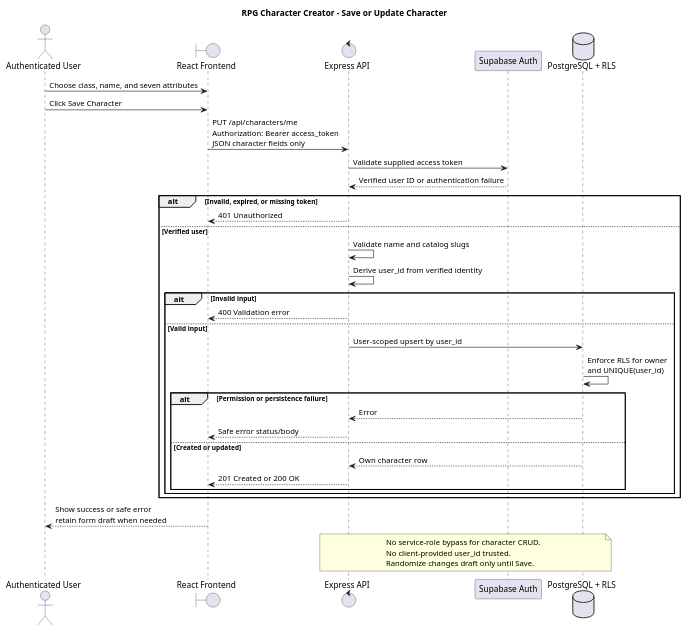
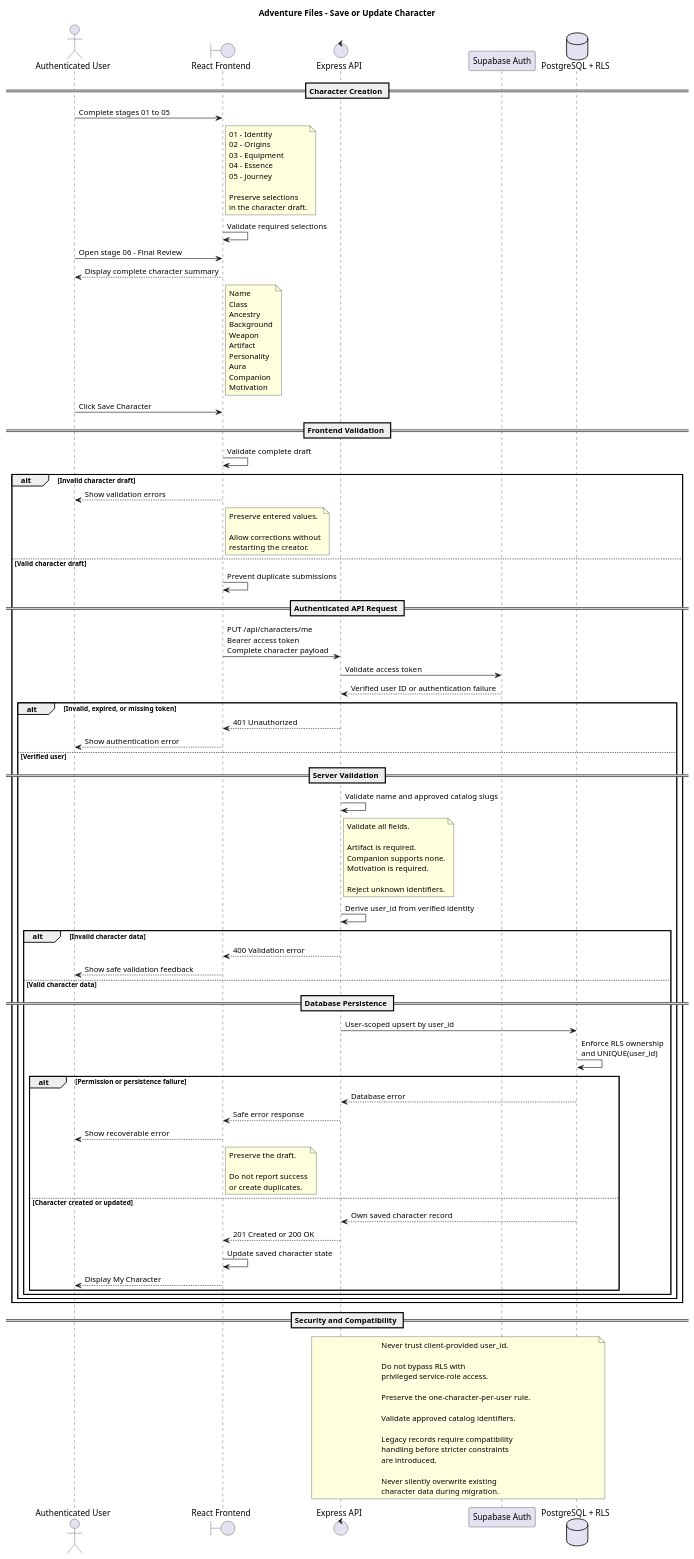
One commit to AlexandroLeao/rpg-character-creator changed the diagram in docs/uml/save-character-sequence.puml. Above: the diagram before and after it, drawn with PlantUML. The commit also changed 8 other files, not shown here.

Commit message:
docs: align six-stage character creator and export roadmap

```diff
--- a/docs/uml/save-character-sequence.puml
+++ b/docs/uml/save-character-sequence.puml
@@ -1,47 +1,168 @@
 @startuml
-title RPG Character Creator - Save or Update Character
+title Adventure Files - Save or Update Character
 
 actor "Authenticated User" as User
+
 boundary "React Frontend" as Frontend
+
 control "Express API" as API
+
 participant "Supabase Auth" as Auth
+
 database "PostgreSQL + RLS" as Database
 
-User -> Frontend: Choose class, name, and seven attributes
+== Character Creation ==
+
+User -> Frontend: Complete stages 01 to 05
+
+note right of Frontend
+  01 - Identity
+  02 - Origins
+  03 - Equipment
+  04 - Essence
+  05 - Journey
+
+  Preserve selections
+  in the character draft.
+end note
+
+Frontend -> Frontend: Validate required selections
+
+User -> Frontend: Open stage 06 - Final Review
+
+Frontend --> User: Display complete character summary
+
+note right of Frontend
+  Name
+  Class
+  Ancestry
+  Background
+  Weapon
+  Artifact
+  Personality
+  Aura
+  Companion
+  Motivation
+end note
+
 User -> Frontend: Click Save Character
-Frontend -> API: PUT /api/characters/me\nAuthorization: Bearer access_token\nJSON character fields only
 
-API -> Auth: Validate supplied access token
-Auth --> API: Verified user ID or authentication failure
+== Frontend Validation ==
 
-alt Invalid, expired, or missing token
-    API --> Frontend: 401 Unauthorized
-else Verified user
-    API -> API: Validate name and catalog slugs
-    API -> API: Derive user_id from verified identity
+Frontend -> Frontend: Validate complete draft
 
-    alt Invalid input
-        API --> Frontend: 400 Validation error
-    else Valid input
-        API -> Database: User-scoped upsert by user_id
-        Database -> Database: Enforce RLS for owner\nand UNIQUE(user_id)
+alt Invalid character draft
 
-        alt Permission or persistence failure
-            Database --> API: Error
-            API --> Frontend: Safe error status/body
-        else Created or updated
-            Database --> API: Own character row
-            API --> Frontend: 201 Created or 200 OK
+    Frontend --> User: Show validation errors
+
+    note right of Frontend
+      Preserve entered values.
+
+      Allow corrections without
+      restarting the creator.
+    end note
+
+else Valid character draft
+
+    Frontend -> Frontend: Prevent duplicate submissions
+
+    == Authenticated API Request ==
+
+    Frontend -> API: PUT /api/characters/me\nBearer access token\nComplete character payload
+
+    API -> Auth: Validate access token
+
+    Auth --> API: Verified user ID or authentication failure
+
+    alt Invalid, expired, or missing token
+
+        API --> Frontend: 401 Unauthorized
+
+        Frontend --> User: Show authentication error
+
+    else Verified user
+
+        == Server Validation ==
+
+        API -> API: Validate name and approved catalog slugs
+
+        note right of API
+          Validate all fields.
+
+          Artifact is required.
+          Companion supports none.
+          Motivation is required.
+
+          Reject unknown identifiers.
+        end note
+
+        API -> API: Derive user_id from verified identity
+
+        alt Invalid character data
+
+            API --> Frontend: 400 Validation error
+
+            Frontend --> User: Show safe validation feedback
+
+        else Valid character data
+
+            == Database Persistence ==
+
+            API -> Database: User-scoped upsert by user_id
+
+            Database -> Database: Enforce RLS ownership\nand UNIQUE(user_id)
+
+            alt Permission or persistence failure
+
+                Database --> API: Database error
+
+                API --> Frontend: Safe error response
+
+                Frontend --> User: Show recoverable error
+
+                note right of Frontend
+                  Preserve the draft.
+
+                  Do not report success
+                  or create duplicates.
+                end note
+
+            else Character created or updated
+
+                Database --> API: Own saved character record
+
+                API --> Frontend: 201 Created or 200 OK
+
+                Frontend -> Frontend: Update saved character state
+
+                Frontend --> User: Display My Character
+
+            end
+
         end
+
     end
+
 end
 
-Frontend --> User: Show success or safe error\nretain form draft when needed
+== Security and Compatibility ==
 
 note over API, Database
-  No service-role bypass for character CRUD.
-  No client-provided user_id trusted.
-  Randomize changes draft only until Save.
+  Never trust client-provided user_id.
+
+  Do not bypass RLS with
+  privileged service-role access.
+
+  Preserve the one-character-per-user rule.
+
+  Validate approved catalog identifiers.
+
+  Legacy records require compatibility
+  handling before stricter constraints
+  are introduced.
+
+  Never silently overwrite existing
+  character data during migration.
 end note
 
 @enduml
```
